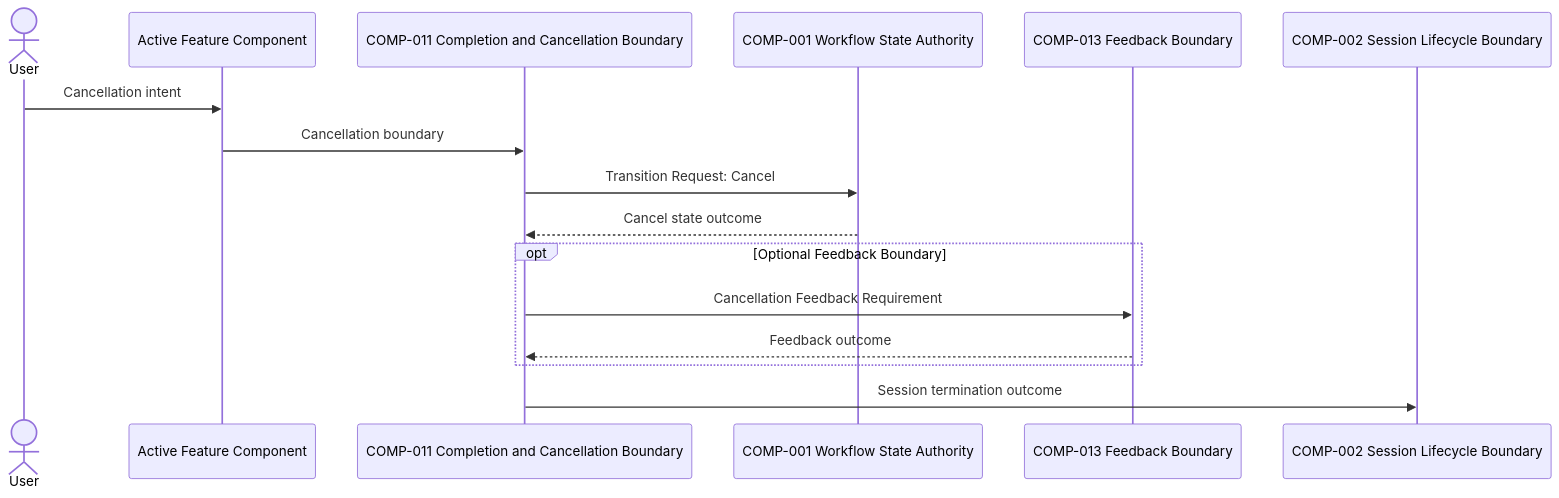
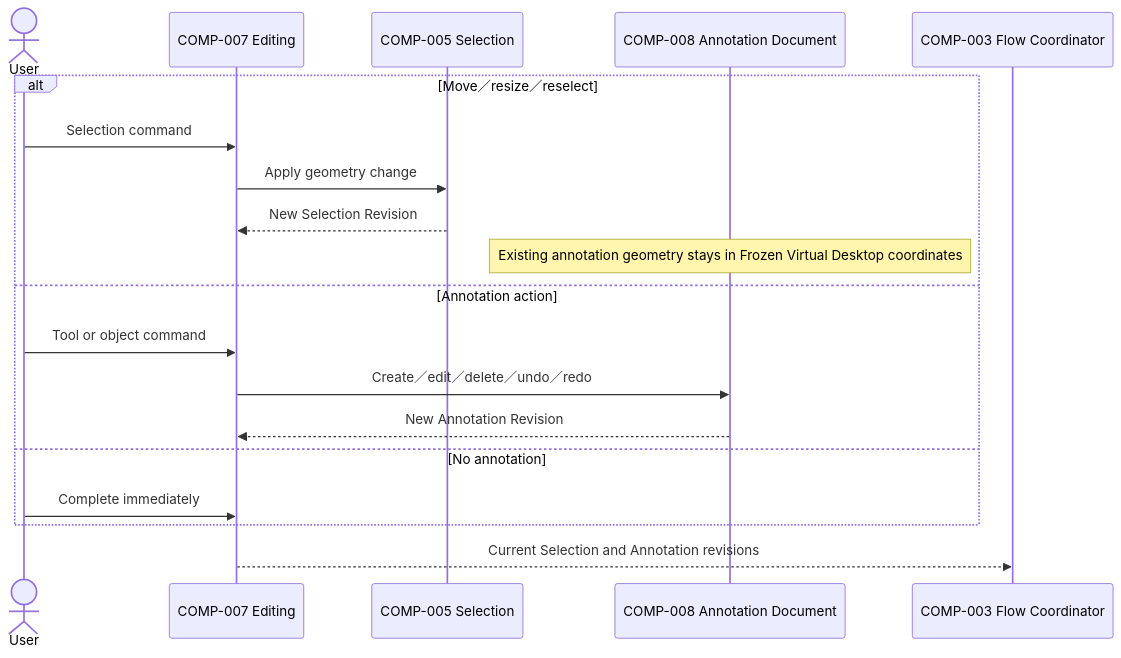
Before and after one commit to gn02033417/SnipPlus: the second of 5 diagrams in Architecture/ARCH-0005-component-interactions.md, drawn with Mermaid. The commit also changed other lines of this file, not shown here.

Commit message:
docs: align component interactions with v1 commitment flow

````diff
--- a/Architecture/ARCH-0005-component-interactions.md
+++ b/Architecture/ARCH-0005-component-interactions.md
@@ -655,19 +72,23 @@
-~~~mermaid
+```mermaid
 sequenceDiagram
     actor User
-    participant Active as Active Feature Component
-    participant C11 as COMP-011 Completion and Cancellation Boundary
-    participant C1 as COMP-001 Workflow State Authority
-    participant C13 as COMP-013 Feedback Boundary
-    participant C2 as COMP-002 Session Lifecycle Boundary
+    participant Editing as COMP-007 Editing
+    participant Selection as COMP-005 Selection
+    participant Annotation as COMP-008 Annotation Document
+    participant Flow as COMP-003 Flow Coordinator
 
-    User->>Active: Cancellation intent
-    Active->>C11: Cancellation boundary
-    C11->>C1: Transition Request: Cancel
-    C1-->>C11: Cancel state outcome
-    opt Optional Feedback Boundary
-        C11->>C13: Cancellation Feedback Requirement
-        C13-->>C11: Feedback outcome
+    alt Move／resize／reselect
+        User->>Editing: Selection command
+        Editing->>Selection: Apply geometry change
+        Selection-->>Editing: New Selection Revision
+        Note over Annotation: Existing annotation geometry stays in Frozen Virtual Desktop coordinates
+    else Annotation action
+        User->>Editing: Tool or object command
+        Editing->>Annotation: Create／edit／delete／undo／redo
+        Annotation-->>Editing: New Annotation Revision
+    else No annotation
+        User->>Editing: Complete immediately
     end
-    C11->>C2: Session termination outcome
-~~~
+
+    Editing-->>Flow: Current Selection and Annotation revisions
+```
````
